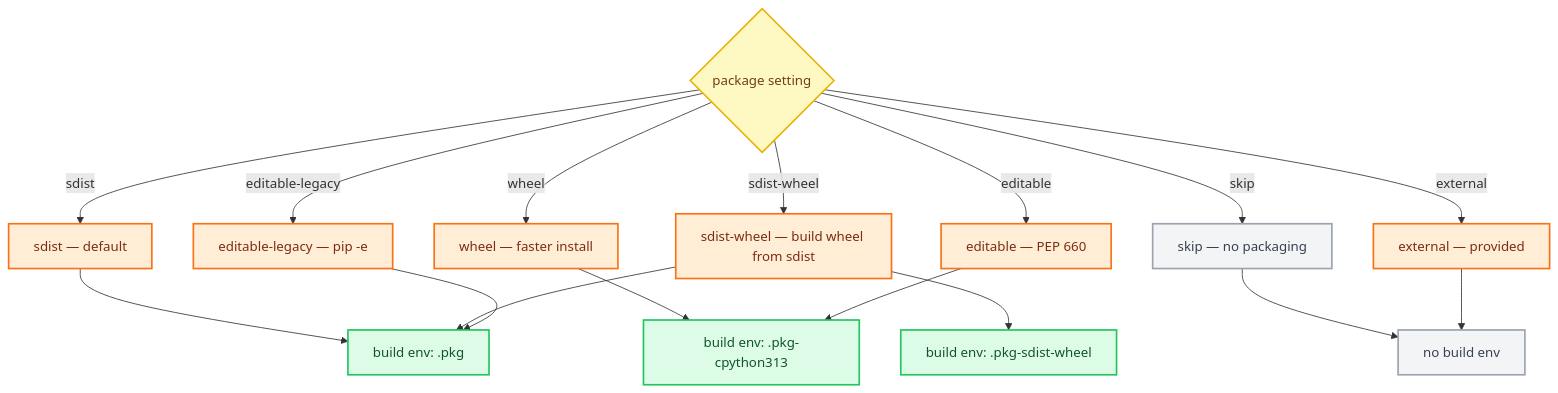
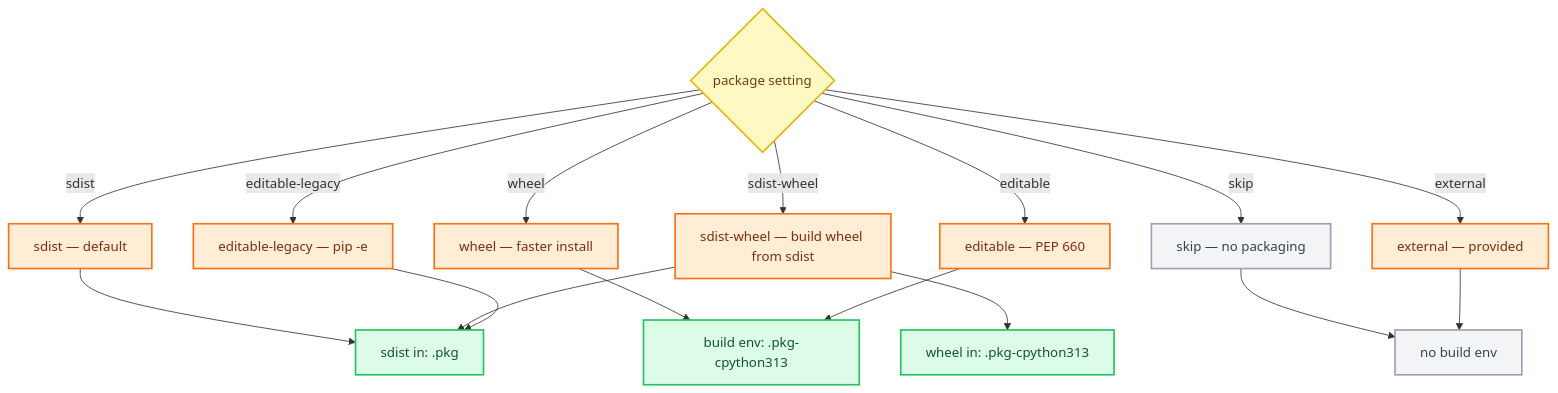
Before and after one commit to tox-dev/tox: the second of 3 diagrams in docs/explanation.rst, drawn with Mermaid. The commit also changed other lines of this file and 4 other files, not shown here.

```diff
--- a/docs/explanation.rst
+++ b/docs/explanation.rst
@@ -200,30 +200,30 @@
 .. mermaid::
 
     flowchart TD
         pkg{package setting}
         pkg -- sdist --> sdist[sdist — default]
         pkg -- wheel --> wheel[wheel — faster install]
         pkg -- sdist-wheel --> sdistwheel[sdist-wheel — build wheel from sdist]
         pkg -- editable --> editable[editable — PEP 660]
         pkg -- editable-legacy --> legacy[editable-legacy — pip -e]
         pkg -- skip --> skip[skip — no packaging]
         pkg -- external --> external[external — provided]
 
         sdist --> env_pkg[build env: .pkg]
         wheel --> env_wheel[build env: .pkg-cpython313]
-        sdistwheel --> env_pkg[build env: .pkg]
-        sdistwheel --> env_sdistwheel[build env: .pkg-sdist-wheel]
+        sdistwheel --> env_pkg[sdist in: .pkg]
+        sdistwheel --> env_wheel2[wheel in: .pkg-cpython313]
         editable --> env_wheel
         legacy --> env_pkg
         skip --> no_env[no build env]
         external --> no_env
 
         classDef decisionStyle fill:#fef9c3,stroke:#eab308,stroke-width:2px,color:#713f12
         classDef pkgStyle fill:#ffedd5,stroke:#f97316,stroke-width:2px,color:#7c2d12
         classDef envStyle fill:#dcfce7,stroke:#22c55e,stroke-width:2px,color:#14532d
         classDef skipStyle fill:#f3f4f6,stroke:#9ca3af,stroke-width:2px,color:#374151
 
         class pkg decisionStyle
         class sdist,wheel,sdistwheel,editable,legacy,external pkgStyle
-        class env_pkg,env_wheel,env_sdistwheel envStyle
+        class env_pkg,env_wheel,env_wheel2 envStyle
         class skip,no_env skipStyle
```
